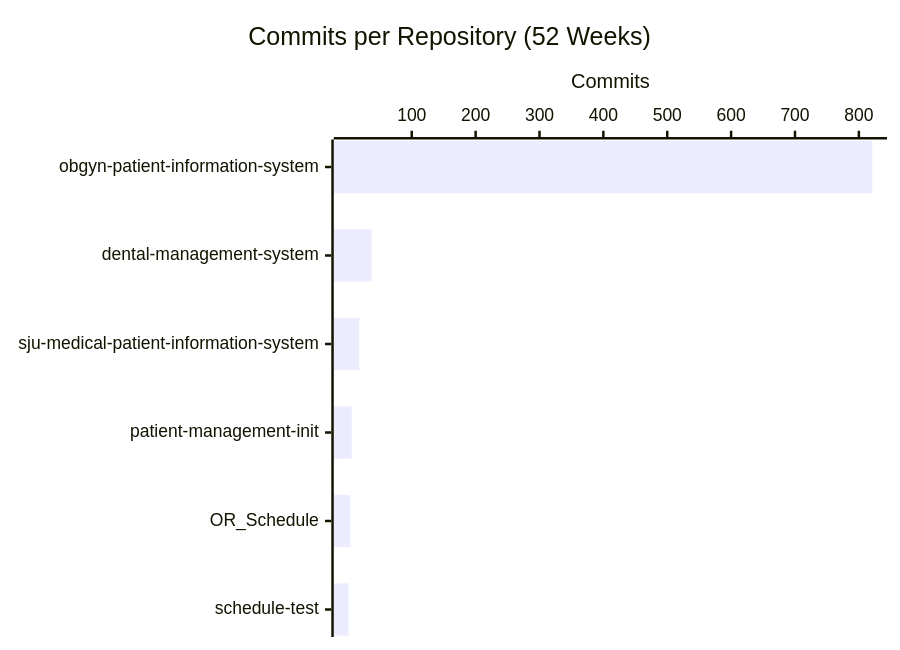
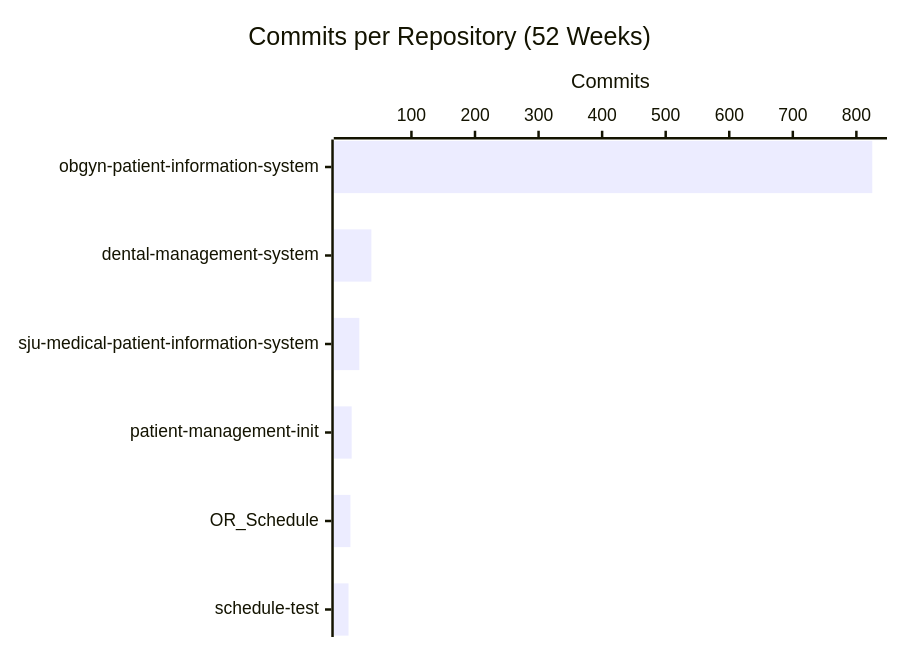
Before and after one commit to CSTH-Projects/.github: the second of 4 diagrams in profile/README.md, drawn with Mermaid. The commit also changed other lines of this file, not shown here.

````diff
--- a/profile/README.md
+++ b/profile/README.md
@@ -24,7 +24,7 @@
 ```mermaid
 xychart-beta horizontal
     title "Commits per Repository (52 Weeks)"
     x-axis ["obgyn-patient-information-system", "dental-management-system", "sju-medical-patient-information-system", "patient-management-init", "OR_Schedule", "schedule-test"]
     y-axis "Commits"
-    bar [821, 37, 18, 6, 4, 1]
+    bar [825, 37, 18, 6, 4, 1]
 ```
````
